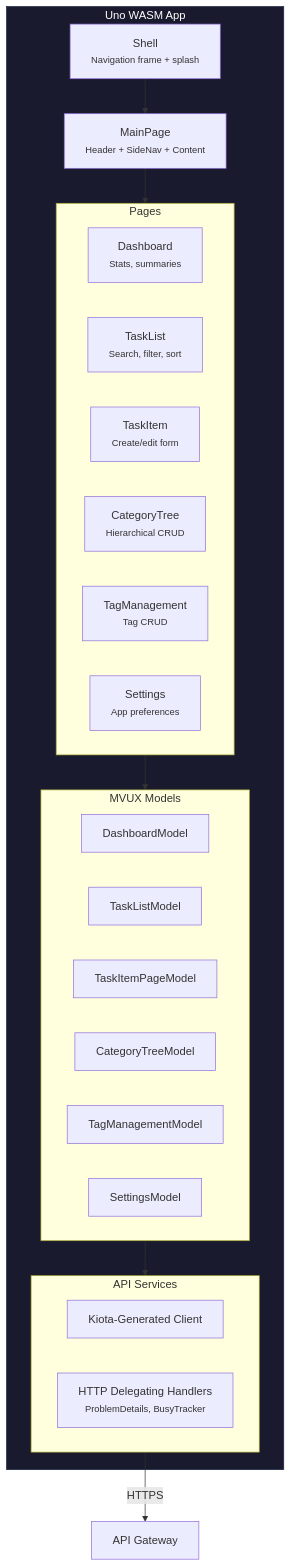
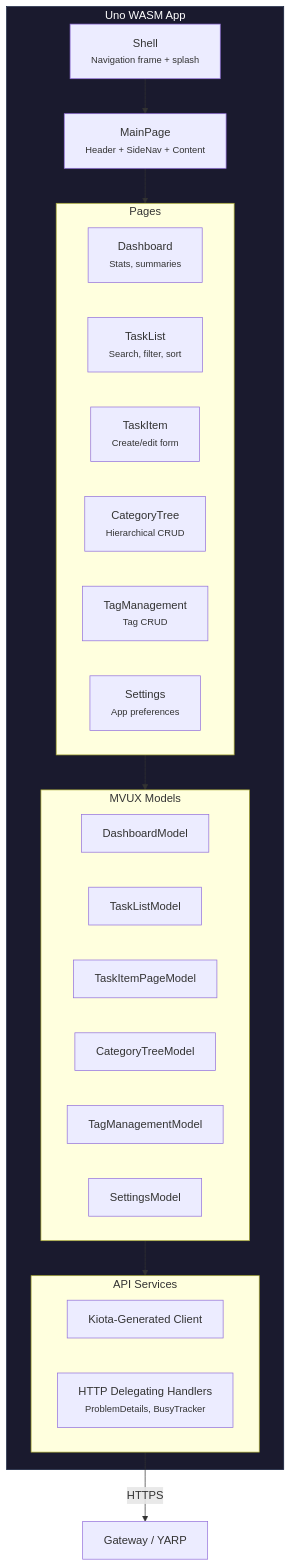
One commit to efreeman518/AI-Instructions-ReferenceApp changed diagram 17 of 18 in docs/tech-design.md. Above: the diagram before and after it, drawn with Mermaid. The commit also changed other lines of this file and 15 other files, not shown here.

````diff
--- a/docs/tech-design.md
+++ b/docs/tech-design.md
@@ -817,39 +924,39 @@
 ```mermaid
 graph TB
     subgraph uno["Uno WASM App"]
         SHELL["Shell<br/><small>Navigation frame + splash</small>"]
         MAIN["MainPage<br/><small>Header + SideNav + Content</small>"]
 
         subgraph pages["Pages"]
             DASH["Dashboard<br/><small>Stats, summaries</small>"]
             TLIST["TaskList<br/><small>Search, filter, sort</small>"]
             TDETAIL["TaskItem<br/><small>Create/edit form</small>"]
             CAT["CategoryTree<br/><small>Hierarchical CRUD</small>"]
             TAGS["TagManagement<br/><small>Tag CRUD</small>"]
             SETTINGS["Settings<br/><small>App preferences</small>"]
         end
 
         subgraph viewmodels["MVUX Models"]
             DM["DashboardModel"]
             TLM["TaskListModel"]
             TIM["TaskItemPageModel"]
             CTM["CategoryTreeModel"]
             TMM["TagManagementModel"]
             SM["SettingsModel"]
         end
 
         subgraph services["API Services"]
             KIOTA["Kiota-Generated Client"]
             HTTP["HTTP Delegating Handlers<br/><small>ProblemDetails, BusyTracker</small>"]
         end
     end
 
-    GW["API Gateway"]
+    GW["Gateway / YARP"]
 
     SHELL --> MAIN --> pages
     pages --> viewmodels
     viewmodels --> services
     services -->|"HTTPS"| GW
 
     style uno fill:#1a1a2e,stroke:#16213e,color:#fff
 ```
````
